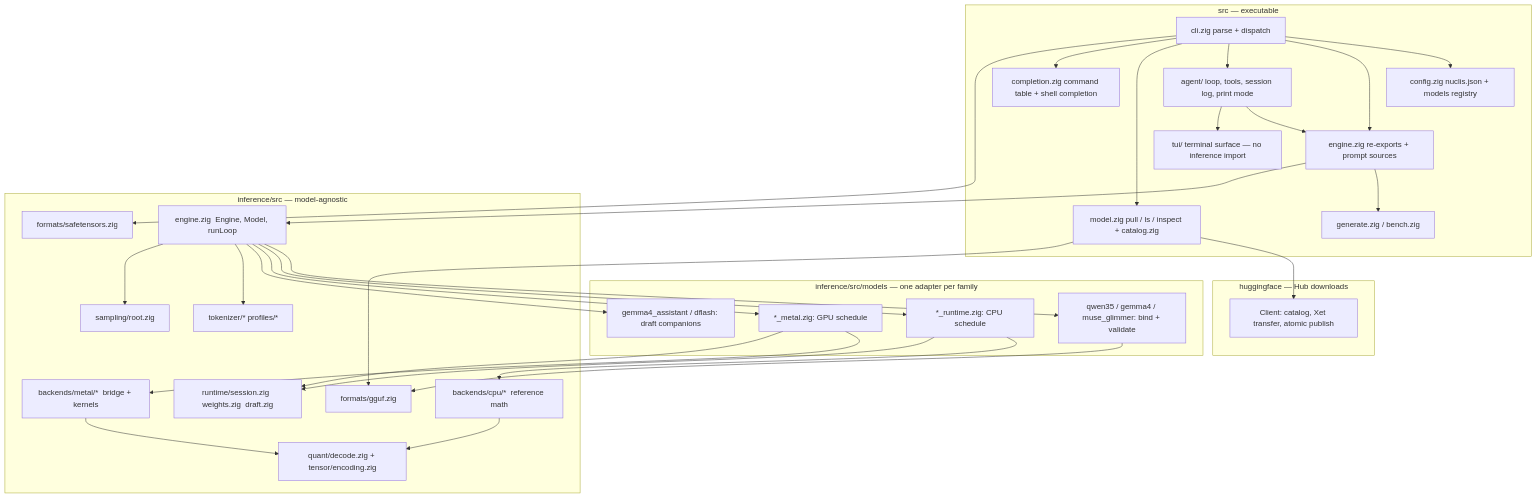
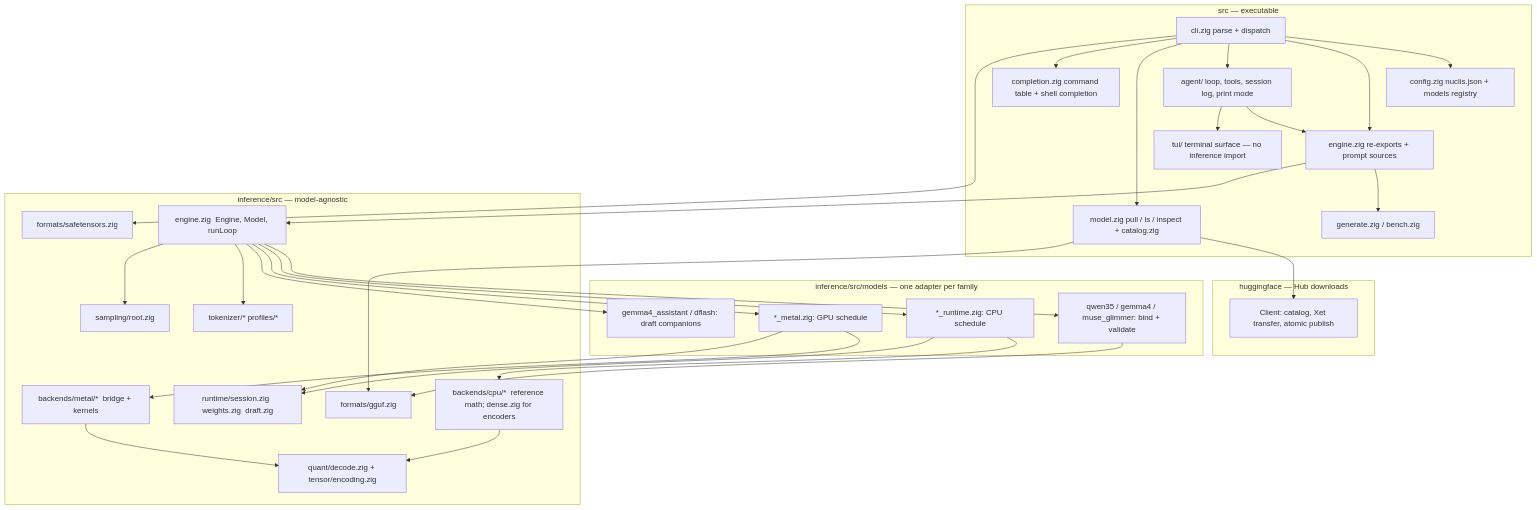
The second of 10 diagrams in docs/architecture.md (tildaslashalef/nuclis), drawn with Mermaid before and after one commit. The commit also changed other lines of this file and 12 other files, not shown here.

````diff
--- a/docs/architecture.md
+++ b/docs/architecture.md
@@ -70,58 +70,58 @@
 ```mermaid
 flowchart TB
     subgraph exe [src — executable]
         cli[cli.zig parse + dispatch]
         completion[completion.zig command table + shell completion]
         config[config.zig nuclis.json + models registry]
         tui[tui/ terminal surface — no inference import]
         agent[agent/ loop, tools, session log, print mode]
         engine[engine.zig re-exports + prompt sources]
         gen[generate.zig / bench.zig]
         model[model.zig pull / ls / inspect + catalog.zig]
     end
     subgraph hfpkg [huggingface — Hub downloads]
         hf[Client: catalog, Xet transfer, atomic publish]
     end
     subgraph models [inference/src/models — one adapter per family]
         bind[qwen35 / gemma4 / muse_glimmer: bind + validate]
         rt[*_runtime.zig: CPU schedule]
         plan[*_metal.zig: GPU schedule]
         draft[gemma4_assistant / dflash: draft companions]
     end
     subgraph shared [inference/src — model-agnostic]
         gguf[formats/gguf.zig]
         st[formats/safetensors.zig]
         quant[quant/decode.zig + tensor/encoding.zig]
         tok[tokenizer/*  profiles/*]
         sess[runtime/session.zig  weights.zig  draft.zig]
         eng[engine.zig  Engine, Model, runLoop]
         samp[sampling/root.zig]
-        cpu[backends/cpu/*  reference math]
+        cpu[backends/cpu/*  reference math; dense.zig for encoders]
         metal[backends/metal/*  bridge + kernels]
     end
     cli --> config
     cli --> engine
     cli --> agent
     cli --> model
     cli --> completion
     model --> hf
     model --> gguf
     cli --> st
     agent --> engine
     agent --> tui
     engine --> gen
     engine --> eng
     eng --> bind
     eng --> rt
     eng --> plan
     eng --> draft
     eng --> tok
     eng --> samp
     bind --> gguf
     rt --> cpu
     rt --> sess
     plan --> metal
     plan --> sess
     metal --> quant
     cpu --> quant
 ```
````
